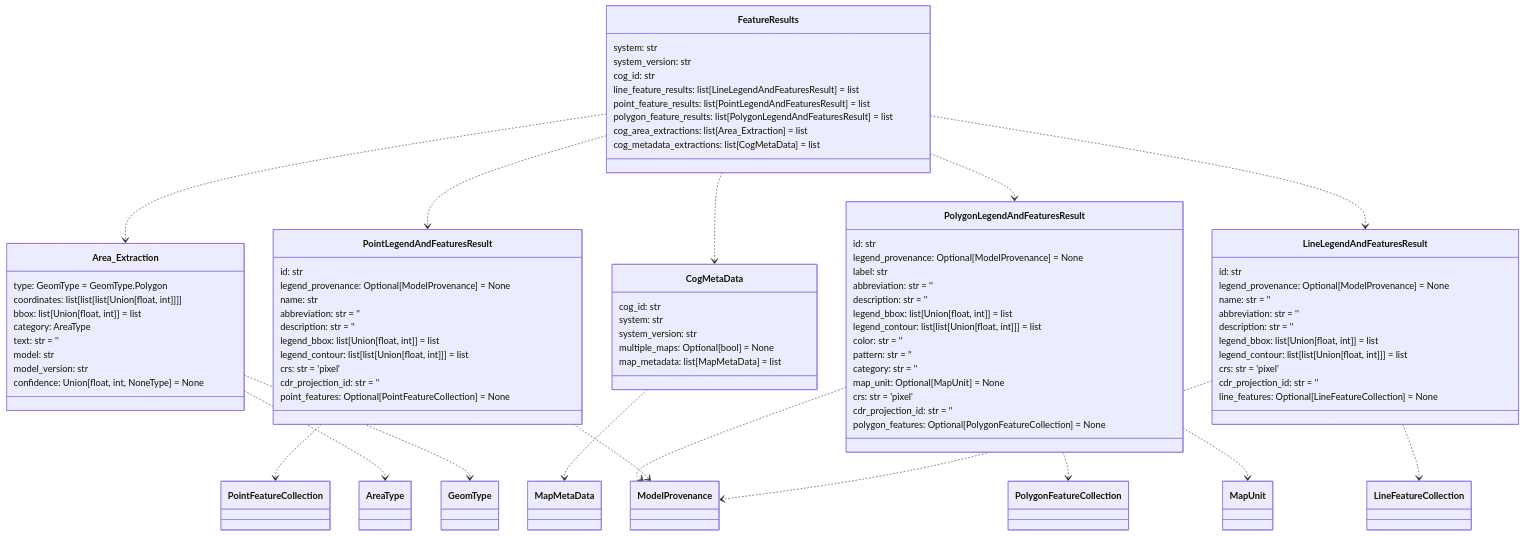
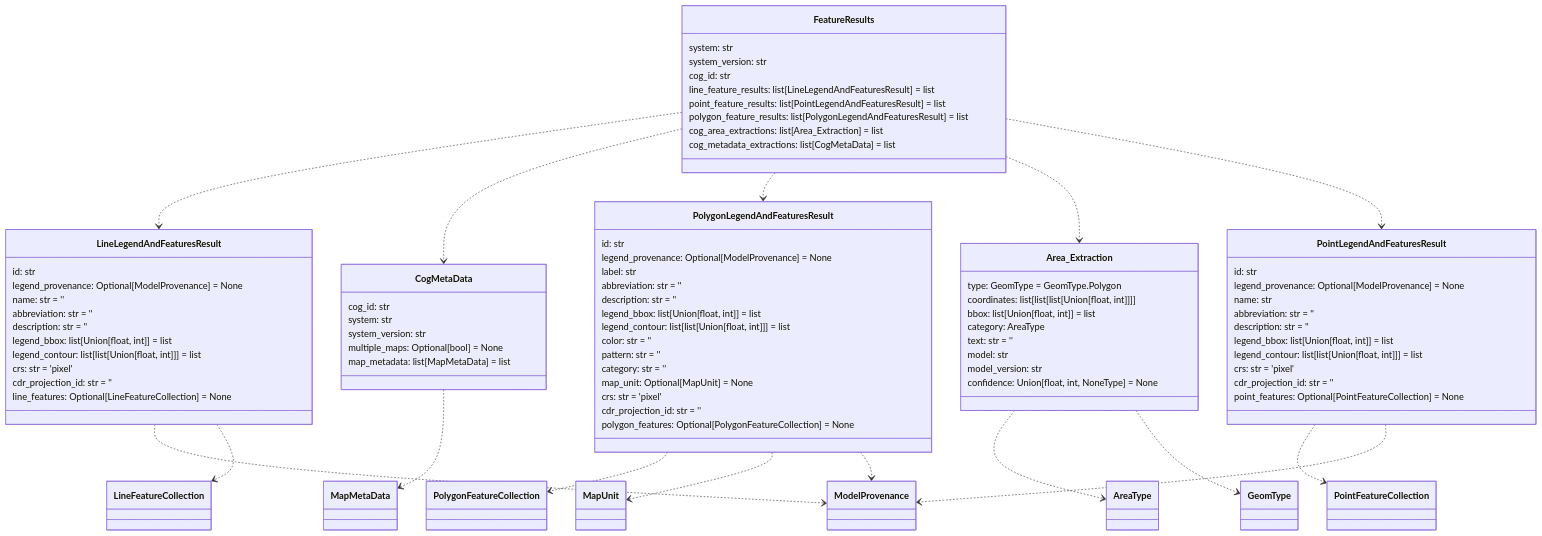
Before and after one commit to DARPA-CRITICALMAAS/cdr_schemas: the fourth of 12 diagrams in README.md, drawn with Mermaid. The commit also changed other lines of this file and 1 other file, not shown here.

Commit message:
bump version (#29)

````diff
--- a/README.md
+++ b/README.md
@@ -251,28 +251,25 @@
 ```mermaid
 classDiagram
 
-    class PointLegendAndFeaturesResult {
+    class LineLegendAndFeaturesResult {
         id: str
         legend_provenance: Optional[ModelProvenance] = None
-        name: str
+        name: str = ''
         abbreviation: str = ''
         description: str = ''
         legend_bbox: list[Union[float, int]] = list
         legend_contour: list[list[Union[float, int]]] = list
         crs: str = 'pixel'
         cdr_projection_id: str = ''
-        point_features: Optional[PointFeatureCollection] = None
+        line_features: Optional[LineFeatureCollection] = None
     }
 
-    class Area_Extraction {
-        type: GeomType = GeomType.Polygon
-        coordinates: list[list[list[Union[float, int]]]]
-        bbox: list[Union[float, int]] = list
-        category: AreaType
-        text: str = ''
-        model: str
-        model_version: str
-        confidence: Union[float, int, NoneType] = None
+    class CogMetaData {
+        cog_id: str
+        system: str
+        system_version: str
+        multiple_maps: Optional[bool] = None
+        map_metadata: list[MapMetaData] = list
     }
 
     class FeatureResults {
@@ -284,14 +281,6 @@
         polygon_feature_results: list[PolygonLegendAndFeaturesResult] = list
         cog_area_extractions: list[Area_Extraction] = list
         cog_metadata_extractions: list[CogMetaData] = list
-    }
-
-    class CogMetaData {
-        cog_id: str
-        system: str
-        system_version: str
-        multiple_maps: Optional[bool] = None
-        map_metadata: list[MapMetaData] = list
     }
 
     class PolygonLegendAndFeaturesResult {
@@ -311,34 +300,45 @@
         polygon_features: Optional[PolygonFeatureCollection] = None
     }
 
-    class LineLegendAndFeaturesResult {
+    class Area_Extraction {
+        type: GeomType = GeomType.Polygon
+        coordinates: list[list[list[Union[float, int]]]]
+        bbox: list[Union[float, int]] = list
+        category: AreaType
+        text: str = ''
+        model: str
+        model_version: str
+        confidence: Union[float, int, NoneType] = None
+    }
+
+    class PointLegendAndFeaturesResult {
         id: str
         legend_provenance: Optional[ModelProvenance] = None
-        name: str = ''
+        name: str
         abbreviation: str = ''
         description: str = ''
         legend_bbox: list[Union[float, int]] = list
         legend_contour: list[list[Union[float, int]]] = list
         crs: str = 'pixel'
         cdr_projection_id: str = ''
-        line_features: Optional[LineFeatureCollection] = None
+        point_features: Optional[PointFeatureCollection] = None
     }
 
     Area_Extraction ..> AreaType
     Area_Extraction ..> GeomType
     LineLegendAndFeaturesResult ..> ModelProvenance
     LineLegendAndFeaturesResult ..> LineFeatureCollection
+    PointLegendAndFeaturesResult ..> PointFeatureCollection
     PointLegendAndFeaturesResult ..> ModelProvenance
-    PointLegendAndFeaturesResult ..> PointFeatureCollection
     PolygonLegendAndFeaturesResult ..> PolygonFeatureCollection
     PolygonLegendAndFeaturesResult ..> MapUnit
     PolygonLegendAndFeaturesResult ..> ModelProvenance
     CogMetaData ..> MapMetaData
-    FeatureResults ..> PointLegendAndFeaturesResult
-    FeatureResults ..> Area_Extraction
+    FeatureResults ..> LineLegendAndFeaturesResult
     FeatureResults ..> CogMetaData
     FeatureResults ..> PolygonLegendAndFeaturesResult
-    FeatureResults ..> LineLegendAndFeaturesResult
+    FeatureResults ..> Area_Extraction
+    FeatureResults ..> PointLegendAndFeaturesResult
 
 
 ```
````
